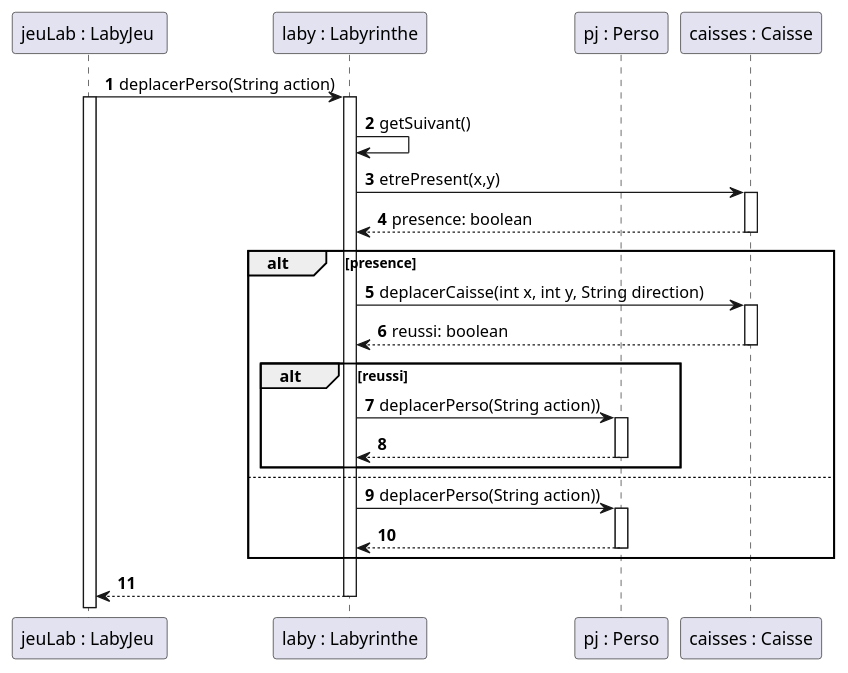
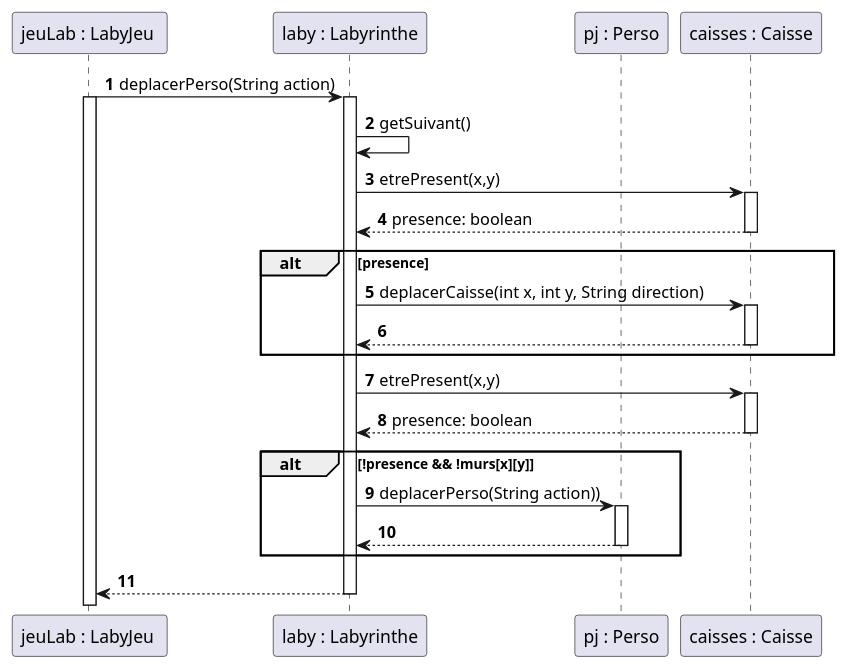
The diagram in documents/version_3/Diagramme sequence Murs deplacables.puml (Flotss/Zeldiablo), drawn with PlantUML before and after one commit. The commit also changed 1 other file, not shown here.

Commit message:
correctif diagramme sequence

```diff
--- a/documents/version_3/Diagramme sequence Murs deplacables.puml
+++ b/documents/version_3/Diagramme sequence Murs deplacables.puml
@@ -1,47 +1,47 @@
 @startuml
 'https://plantuml.com/sequence-diagram
 participant "jeuLab : LabyJeu " as lj
 participant "laby : Labyrinthe" as l
 participant "pj : Perso" as p
 participant "caisses : Caisse" as c
 
 
 autonumber
 
 
 
 
 lj -> l : deplacerPerso(String action)
 activate lj
 activate l
 l -> l : getSuivant()
 l -> c : etrePresent(x,y)
 activate c
 l <-- c : presence: boolean
 deactivate c
 
 alt presence
     l -> c : deplacerCaisse(int x, int y, String direction)
     activate c
-    l <-- c : reussi: boolean
+    l <-- c
     deactivate c
-        alt reussi
-            l -> p : deplacerPerso(String action))
-            activate p
-            l <-- p
-            deactivate p
-        end
-else
+end
+l -> c : etrePresent(x,y)
+activate c
+l <-- c : presence: boolean
+deactivate c
+
+alt !presence && !murs[x][y]
 
     l -> p : deplacerPerso(String action))
     activate p
     l <-- p
     deactivate p
 end
 
 lj <-- l
 deactivate l
 
 
 
 @enduml
```
